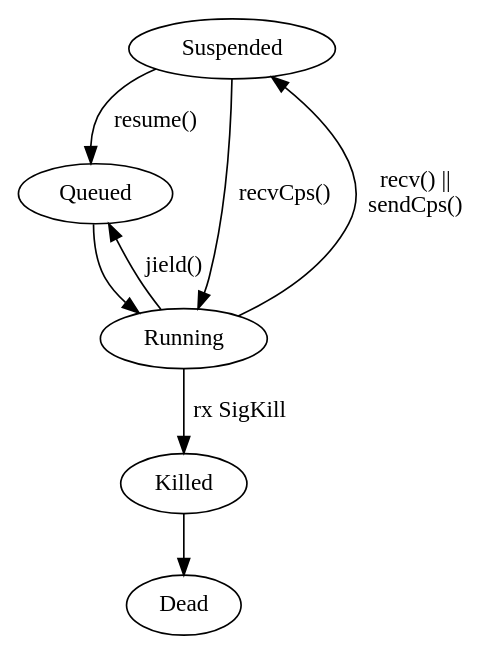
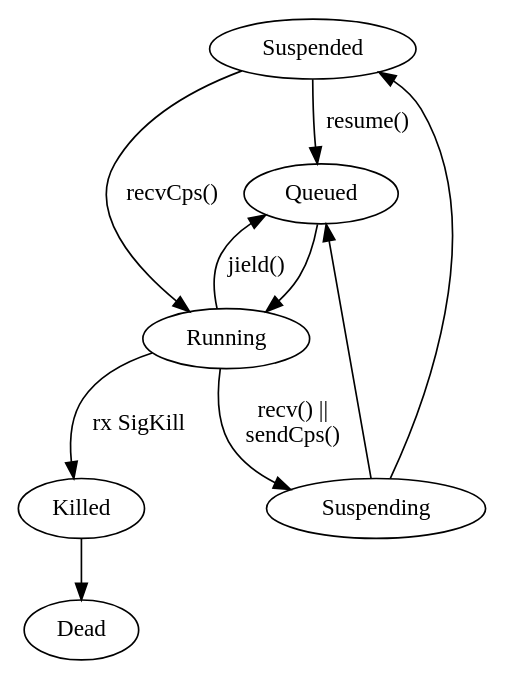
The diagram in doc/flow.dot (zevv/actors), drawn with Graphviz before and after one commit. The commit also changed 1 other file, not shown here.

```diff
--- a/doc/flow.dot
+++ b/doc/flow.dot
@@ -1,18 +1,22 @@
 
 digraph dot {
 
 	Suspended -> Queued [ label = "resume()" ];
 
 	Suspended -> Running [ label = "recvCps()" ];
 
+	Suspending -> Suspended;
+
+	Suspending -> Queued;
+
 	Queued -> Running;
 
 	Running -> Queued [ label = "jield()" ];
 
-	Running -> Suspended [ label = "recv() ||\nsendCps()" ];
+	Running -> Suspending [ label = "recv() ||\nsendCps()" ];
 
 	Running -> Killed [ label = "rx SigKill" ];
 
 	Killed -> Dead;
 
 }
```
